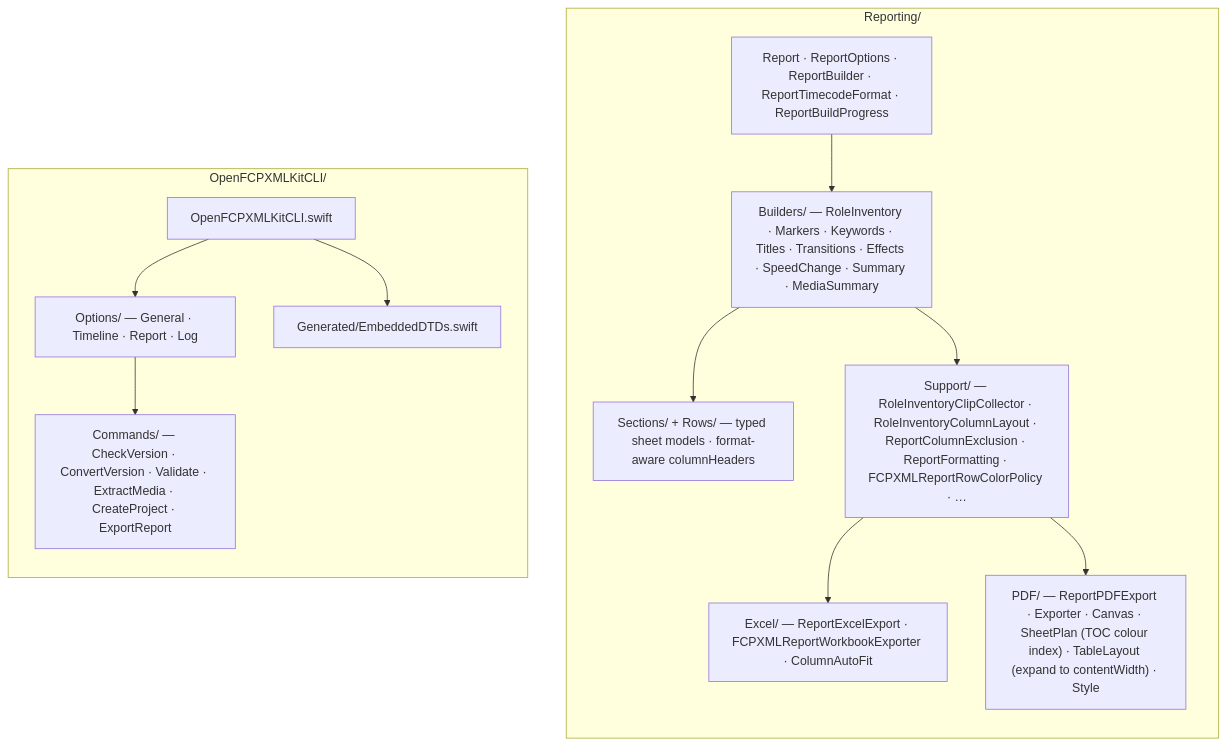
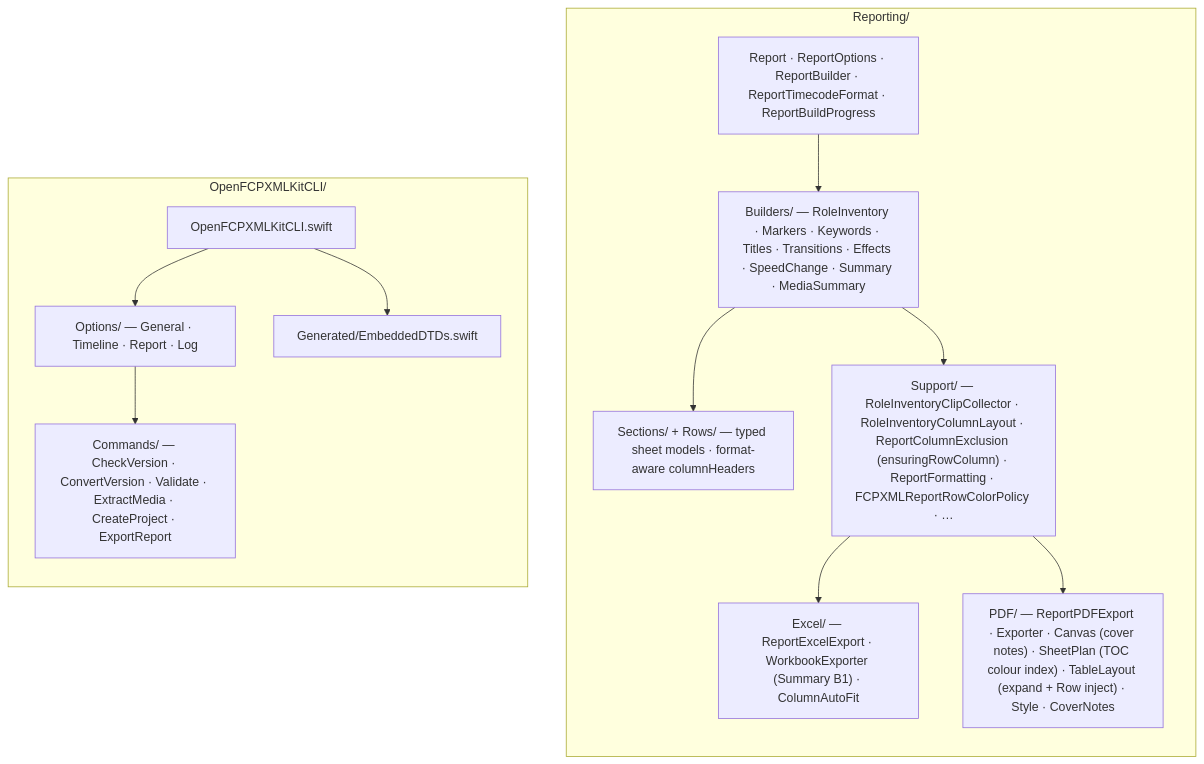
The third of 4 diagrams in ARCHITECTURE.md (TheAcharya/OpenFCPXMLKit), drawn with Mermaid before and after one commit. The commit also changed other lines of this file and 14 other files, not shown here.

Commit message:
Document reporting Row/Summary/PDF cover for 3.0.6 and sync agent/test docs.

````diff
--- a/ARCHITECTURE.md
+++ b/ARCHITECTURE.md
@@ -186,26 +187,26 @@
 ```mermaid
 flowchart TB
     subgraph REP_DETAIL["Reporting/"]
         direction TB
         R_TOP["Report · ReportOptions · ReportBuilder · ReportTimecodeFormat · ReportBuildProgress"]
         R_BLD["Builders/ — RoleInventory · Markers · Keywords · Titles · Transitions · Effects · SpeedChange · Summary · MediaSummary"]
         R_SEC["Sections/ + Rows/ — typed sheet models · format-aware columnHeaders"]
-        R_SUP["Support/ — RoleInventoryClipCollector · RoleInventoryColumnLayout · ReportColumnExclusion · ReportFormatting · FCPXMLReportRowColorPolicy · …"]
-        R_XLS["Excel/ — ReportExcelExport · FCPXMLReportWorkbookExporter · ColumnAutoFit"]
-        R_PDF["PDF/ — ReportPDFExport · Exporter · Canvas · SheetPlan (TOC colour index) · TableLayout (expand to contentWidth) · Style"]
+        R_SUP["Support/ — RoleInventoryClipCollector · RoleInventoryColumnLayout · ReportColumnExclusion (ensuringRowColumn) · ReportFormatting · FCPXMLReportRowColorPolicy · …"]
+        R_XLS["Excel/ — ReportExcelExport · WorkbookExporter (Summary B1) · ColumnAutoFit"]
+        R_PDF["PDF/ — ReportPDFExport · Exporter · Canvas (cover notes) · SheetPlan (TOC colour index) · TableLayout (expand + Row inject) · Style · CoverNotes"]
         R_TOP --> R_BLD --> R_SEC
         R_BLD --> R_SUP
         R_SUP --> R_XLS
         R_SUP --> R_PDF
     end
 
     subgraph CLI_DETAIL["OpenFCPXMLKitCLI/"]
         direction TB
         C_ROOT["OpenFCPXMLKitCLI.swift"]
         C_OPT["Options/ — General · Timeline · Report · Log"]
         C_CMD["Commands/ — CheckVersion · ConvertVersion · Validate · ExtractMedia · CreateProject · ExportReport"]
         C_GEN["Generated/EmbeddedDTDs.swift"]
         C_ROOT --> C_OPT --> C_CMD
         C_ROOT --> C_GEN
     end
 ```
````
